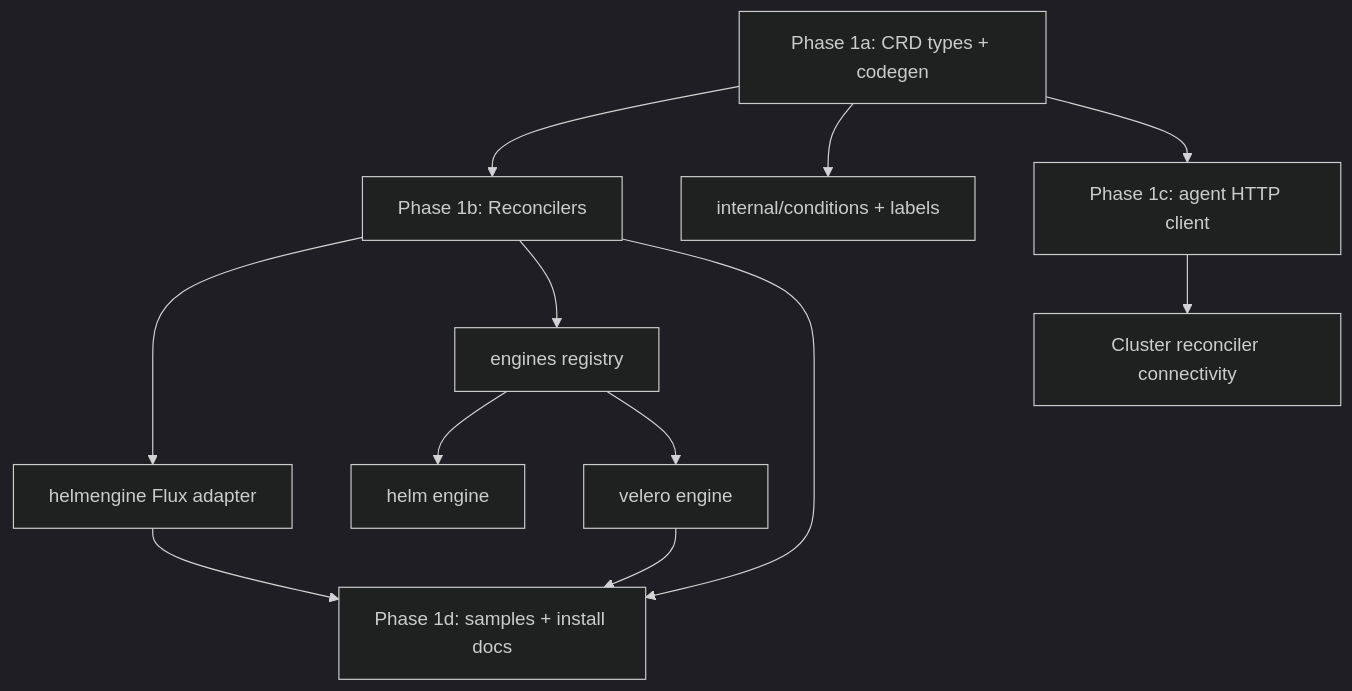
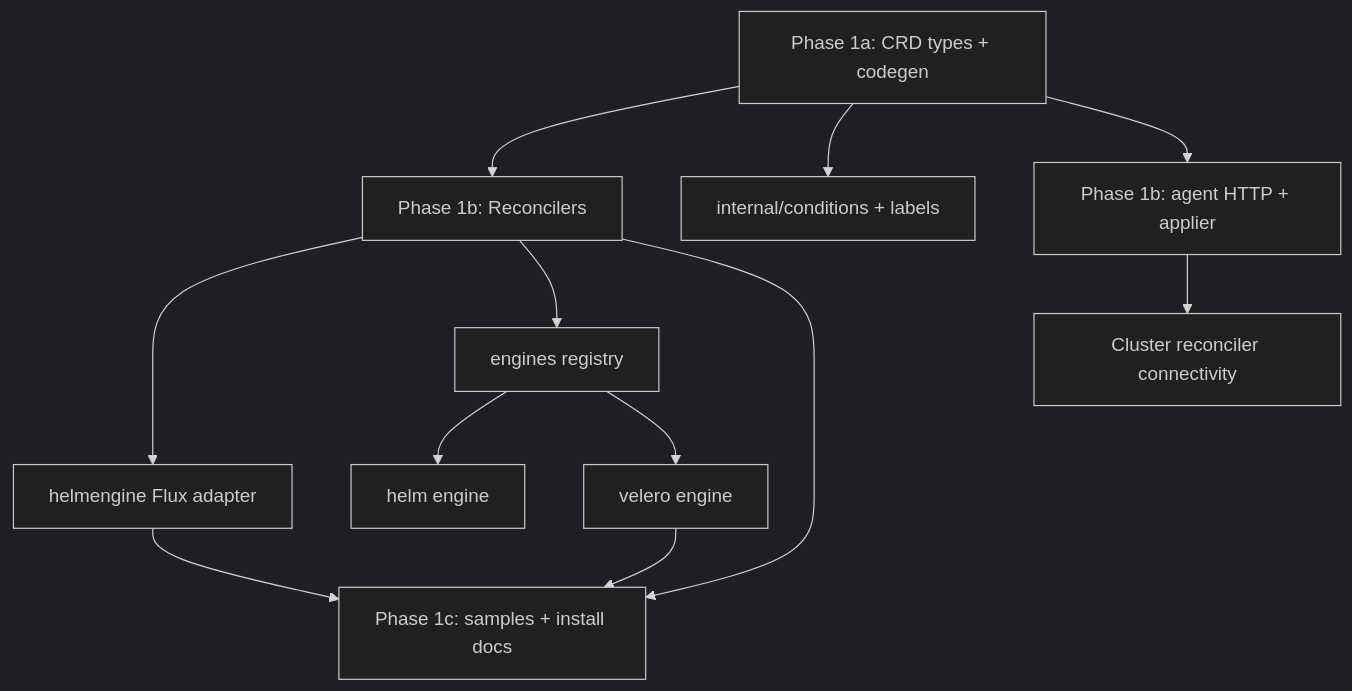
One commit to vworkspace-io/vworkspace-operator changed the diagram in docs/development/IMPLEMENTATION_GUIDE.md. Above: the diagram before and after it, drawn with Mermaid (dark theme). The commit also changed other lines of this file and 25 other files, not shown here.

First line of the commit message:
feat(agent): implement pull-mode job applier and poller

````diff
--- a/docs/development/IMPLEMENTATION_GUIDE.md
+++ b/docs/development/IMPLEMENTATION_GUIDE.md
@@ -116,14 +95,14 @@
 ```mermaid
 flowchart TD
   A[Phase 1a: CRD types + codegen] --> B[Phase 1b: Reconcilers]
   A --> C[internal/conditions + labels]
   B --> D[helmengine Flux adapter]
   B --> E[engines registry]
   E --> F[helm engine]
   E --> G[velero engine]
-  A --> H[Phase 1c: agent HTTP client]
+  A --> H[Phase 1b: agent HTTP + applier]
   H --> I[Cluster reconciler connectivity]
-  B --> J[Phase 1d: samples + install docs]
+  B --> J[Phase 1c: samples + install docs]
   D --> J
   G --> J
 ```
````
